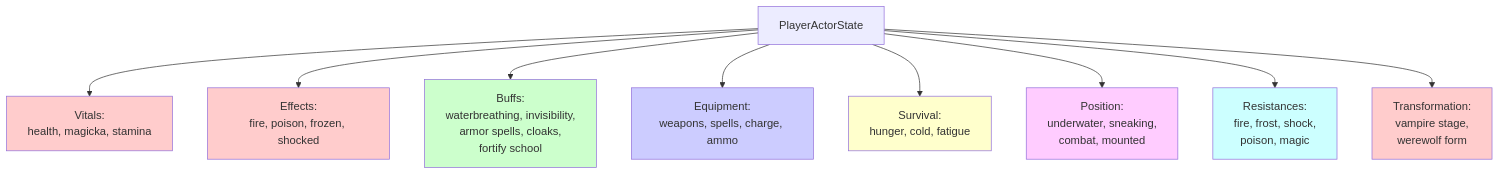
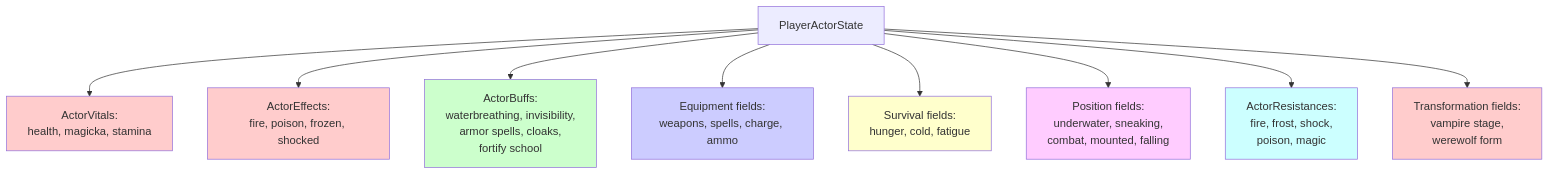
One commit to LandingCrew/huginn changed the third of 13 diagrams in docs/architecture/1-states.md. Above: the diagram before and after it, drawn with Mermaid. The commit also changed other lines of this file and 27 other files, not shown here.

````diff
--- a/docs/architecture/1-states.md
+++ b/docs/architecture/1-states.md
@@ -150,29 +208,29 @@
 ```mermaid
 graph TB
     PAS[PlayerActorState] --> Vitals
     PAS --> Effects
     PAS --> Buffs
     PAS --> Equipment
     PAS --> Survival
     PAS --> Position
     PAS --> Resistances
     PAS --> Transformation
 
-    Vitals[Vitals:<br/>health, magicka, stamina]
-    Effects[Effects:<br/>fire, poison, frozen, shocked]
-    Buffs[Buffs:<br/>waterbreathing, invisibility,<br/>armor spells, cloaks,<br/>fortify school]
-    Equipment[Equipment:<br/>weapons, spells, charge, ammo]
-    Survival[Survival:<br/>hunger, cold, fatigue]
-    Position[Position:<br/>underwater, sneaking,<br/>combat, mounted]
-    Resistances[Resistances:<br/>fire, frost, shock,<br/>poison, magic]
-    Transformation[Transformation:<br/>vampire stage,<br/>werewolf form]
+    Vitals[ActorVitals:<br/>health, magicka, stamina]
+    Effects[ActorEffects:<br/>fire, poison, frozen, shocked]
+    Buffs[ActorBuffs:<br/>waterbreathing, invisibility,<br/>armor spells, cloaks,<br/>fortify school]
+    Equipment[Equipment fields:<br/>weapons, spells, charge, ammo]
+    Survival[Survival fields:<br/>hunger, cold, fatigue]
+    Position[Position fields:<br/>underwater, sneaking,<br/>combat, mounted, falling]
+    Resistances[ActorResistances:<br/>fire, frost, shock,<br/>poison, magic]
+    Transformation[Transformation fields:<br/>vampire stage,<br/>werewolf form]
 
     style Vitals fill:#ffcccc
     style Effects fill:#ffcccc
     style Buffs fill:#ccffcc
     style Equipment fill:#ccccff
     style Survival fill:#ffffcc
     style Position fill:#ffccff
     style Resistances fill:#ccffff
     style Transformation fill:#ffcccc
 ```
````
